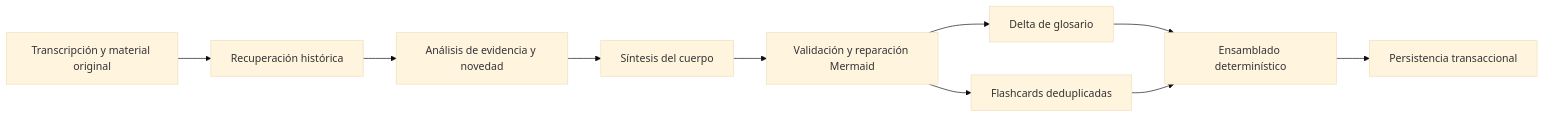
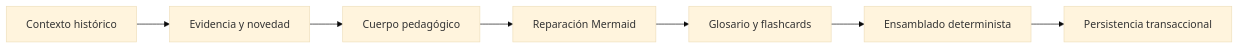
One commit to JamesKristofUbiarco/Concat-notes changed the diagram in docs/agent-architecture.md. Above: the diagram before and after it, drawn with Mermaid (base theme). The commit also changed other lines of this file and 28 other files, not shown here.

````diff
--- a/docs/agent-architecture.md
+++ b/docs/agent-architecture.md
@@ -7,12 +18,9 @@
 ```mermaid
 flowchart LR
-    R[Transcripción y material original] --> C[Recuperación histórica]
-    C --> E[Análisis de evidencia y novedad]
-    E --> S[Síntesis del cuerpo]
-    S --> M[Validación y reparación Mermaid]
-    M --> G[Delta de glosario]
-    M --> F[Flashcards deduplicadas]
-    G --> A[Ensamblado determinístico]
-    F --> A
+    C[Contexto histórico] --> E[Evidencia y novedad]
+    E --> B[Cuerpo pedagógico]
+    B --> M[Reparación Mermaid]
+    M --> S[Glosario y flashcards]
+    S --> A[Ensamblado determinista]
     A --> P[Persistencia transaccional]
 ```
````
